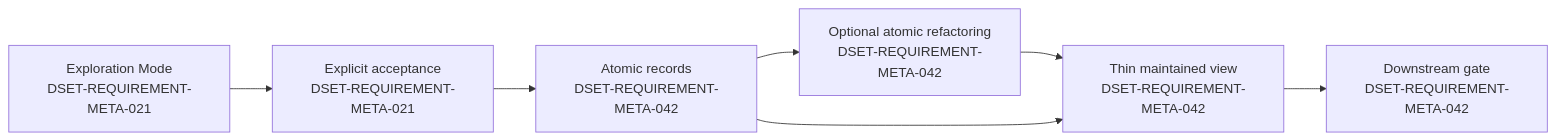
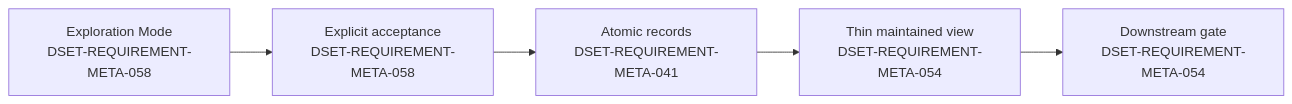
One commit to anatoly-m-maslennikov/dset-specs-loops-framework changed the second of 5 diagrams in 11_layer_meta/040_dset-meta-specification-methodology.md. Above: the diagram before and after it, drawn with Mermaid. The commit also changed other lines of this file and 19 other files, not shown here.

First line of the commit message:
docs(meta-gov): refresh maintained views

````diff
--- a/11_layer_meta/040_dset-meta-specification-methodology.md
+++ b/11_layer_meta/040_dset-meta-specification-methodology.md
@@ -356,16 +350,13 @@
 ```mermaid
 flowchart LR
-    EXPLORE["Exploration Mode<br/>DSET-REQUIREMENT-META-021"]
-    ACCEPT["Explicit acceptance<br/>DSET-REQUIREMENT-META-021"]
-    ATOMS["Atomic records<br/>DSET-REQUIREMENT-META-042"]
-    REFACTOR["Optional atomic refactoring<br/>DSET-REQUIREMENT-META-042"]
-    VIEW["Thin maintained view<br/>DSET-REQUIREMENT-META-042"]
-    GATE["Downstream gate<br/>DSET-REQUIREMENT-META-042"]
+    EXPLORE["Exploration Mode<br/>DSET-REQUIREMENT-META-058"]
+    ACCEPT["Explicit acceptance<br/>DSET-REQUIREMENT-META-058"]
+    ATOMS["Atomic records<br/>DSET-REQUIREMENT-META-041"]
+    VIEW["Thin maintained view<br/>DSET-REQUIREMENT-META-054"]
+    GATE["Downstream gate<br/>DSET-REQUIREMENT-META-054"]
 
     EXPLORE --> ACCEPT
     ACCEPT --> ATOMS
-    ATOMS --> REFACTOR
-    REFACTOR --> VIEW
     ATOMS --> VIEW
     VIEW --> GATE
 ```
````
